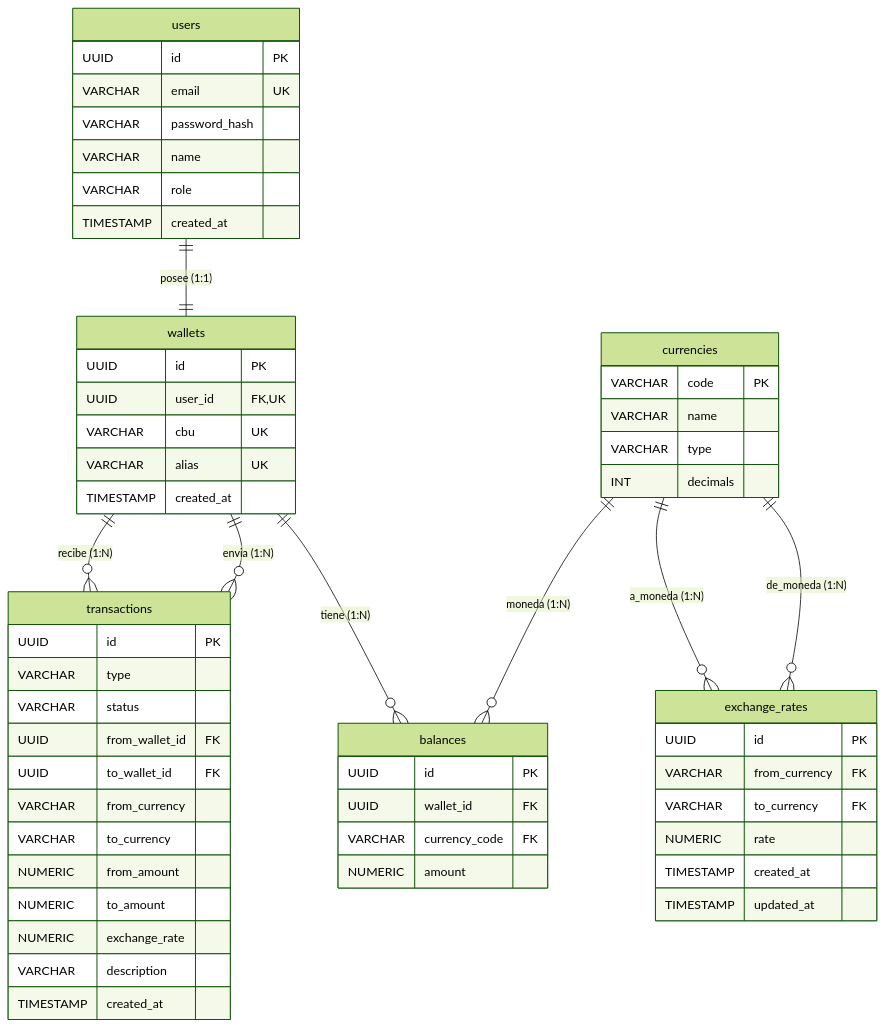
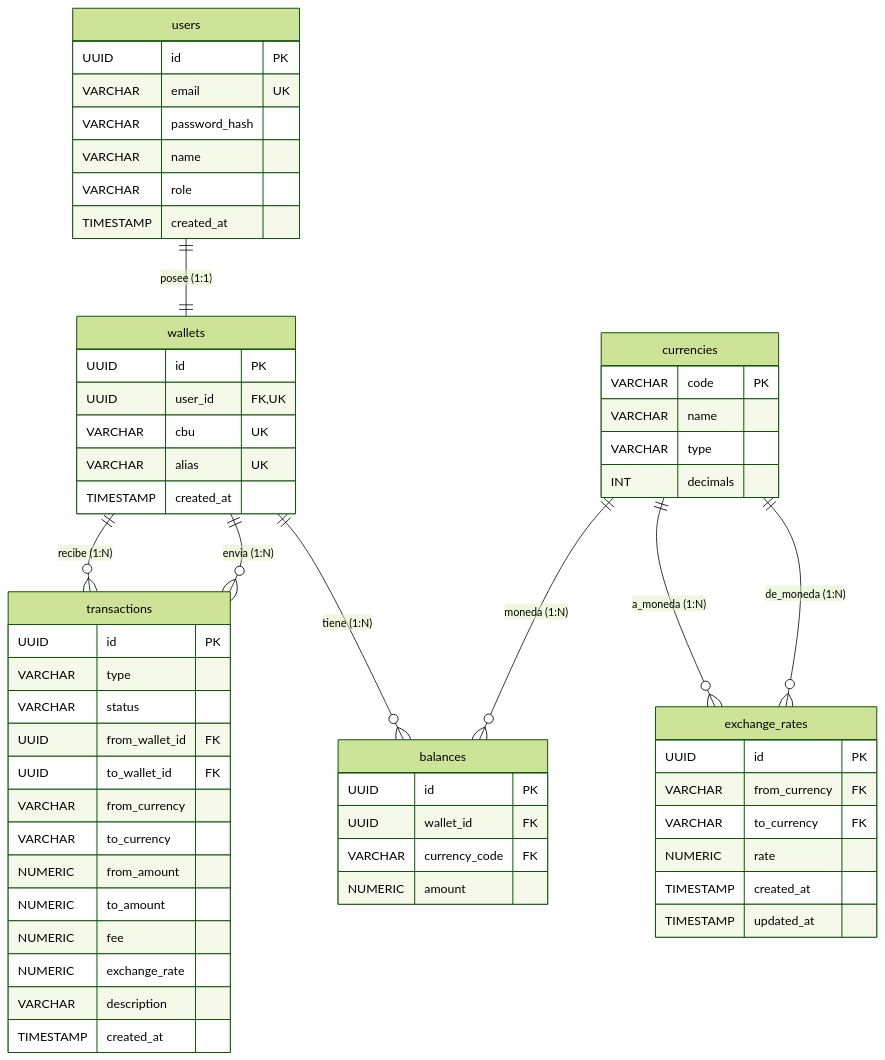
The diagram in README.md (latampaypf-cell/LatamPay-Backend), drawn with Mermaid (forest theme) before and after one commit. The commit also changed other lines of this file and 10 other files, not shown here.

````diff
--- a/README.md
+++ b/README.md
@@ -62,65 +68,66 @@
 ```mermaid
 erDiagram
     %% --- FLUJO PRINCIPAL: USUARIO A BILLETERA ---
     users ||--|| wallets : "posee (1:1)"
 
     %% --- FLUJO DE FONDOS Y MOVIMENTOS ---
     wallets ||--o{ balances : "tiene (1:N)"
     wallets ||--o{ transactions : "envia (1:N)"
     wallets ||--o{ transactions : "recibe (1:N)"
 
     %% --- CONFIGURACIÓN DE MONEDAS (Separadas abajo) ---
     currencies ||--o{ exchange_rates : "de_moneda (1:N)"
     currencies ||--o{ exchange_rates : "a_moneda (1:N)"
     currencies ||--o{ balances : "moneda (1:N)"
 
     users {
         UUID id PK
         VARCHAR email UK
         VARCHAR password_hash
         VARCHAR name
         VARCHAR role
         TIMESTAMP created_at
     }
     wallets {
         UUID id PK
         UUID user_id FK, UK
         VARCHAR cbu UK
         VARCHAR alias UK
         TIMESTAMP created_at
     }
     balances {
         UUID id PK
         UUID wallet_id FK
         VARCHAR currency_code FK
         NUMERIC amount
     }
     currencies {
         VARCHAR code PK
         VARCHAR name
         VARCHAR type
         INT decimals
     }
     exchange_rates {
         UUID id PK
         VARCHAR from_currency FK
         VARCHAR to_currency FK
         NUMERIC rate
         TIMESTAMP created_at
         TIMESTAMP updated_at
     }
     transactions {
         UUID id PK
         VARCHAR type
         VARCHAR status
         UUID from_wallet_id FK
         UUID to_wallet_id FK
         VARCHAR from_currency
         VARCHAR to_currency
         NUMERIC from_amount
         NUMERIC to_amount
+        NUMERIC fee
         NUMERIC exchange_rate
         VARCHAR description
         TIMESTAMP created_at
     }
 ```
````
